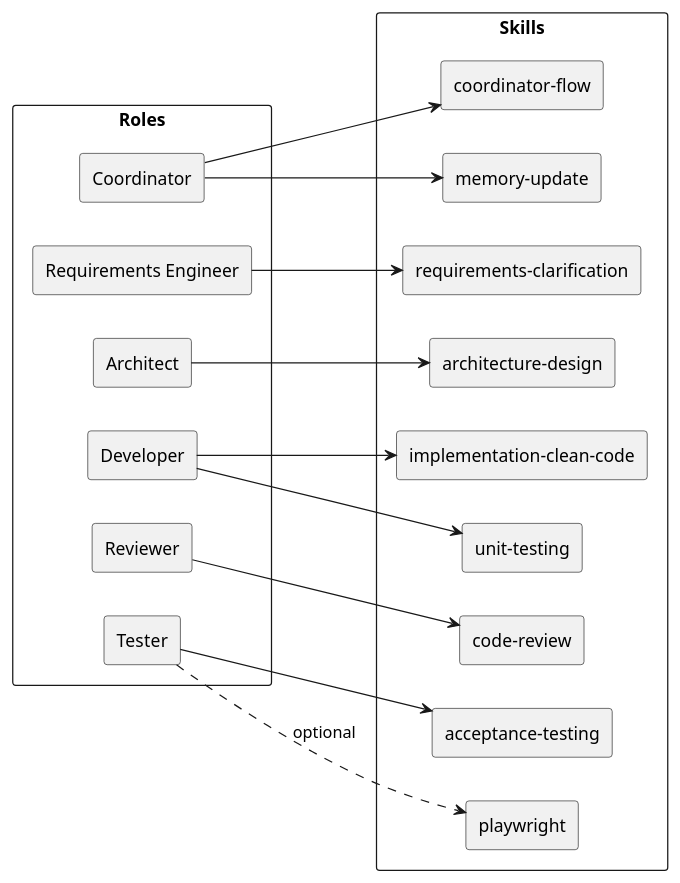
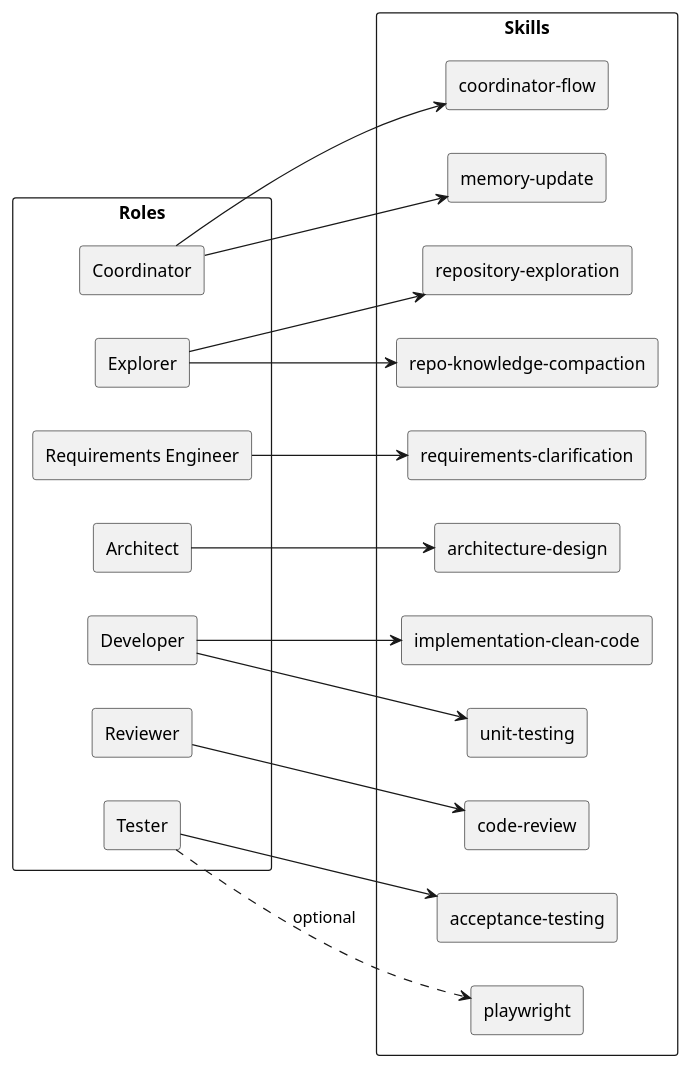
The fifth of 6 diagrams in framework/documentation/development-team-system.adoc (adriebaselmans/ai-dev-team-core), drawn with PlantUML before and after one commit. The commit also changed other lines of this file and 33 other files, not shown here.

```diff
--- a/framework/documentation/development-team-system.adoc
+++ b/framework/documentation/development-team-system.adoc
@@ -440,39 +475,44 @@
 [plantuml,role-skill-mapping,svg]
 ----
 @startuml
 skinparam backgroundColor transparent
 skinparam shadowing false
 left to right direction
 
 rectangle "Roles" {
   rectangle Coordinator
+  rectangle Explorer
   rectangle "Requirements Engineer" as RE
   rectangle Architect
   rectangle Developer
   rectangle Reviewer
   rectangle Tester
 }
 
 rectangle "Skills" {
   rectangle "coordinator-flow" as CF
   rectangle "memory-update" as MU
+  rectangle "repository-exploration" as RX
+  rectangle "repo-knowledge-compaction" as RKC
   rectangle "requirements-clarification" as RC
   rectangle "architecture-design" as AD
   rectangle "implementation-clean-code" as ICC
   rectangle "unit-testing" as UT
   rectangle "code-review" as CR
   rectangle "acceptance-testing" as AT
   rectangle "playwright" as PW
 }
 
 Coordinator --> CF
 Coordinator --> MU
+Explorer --> RX
+Explorer --> RKC
 RE --> RC
 Architect --> AD
 Developer --> ICC
 Developer --> UT
 Reviewer --> CR
 Tester --> AT
 Tester ..> PW : optional
 @enduml
 ----
```
